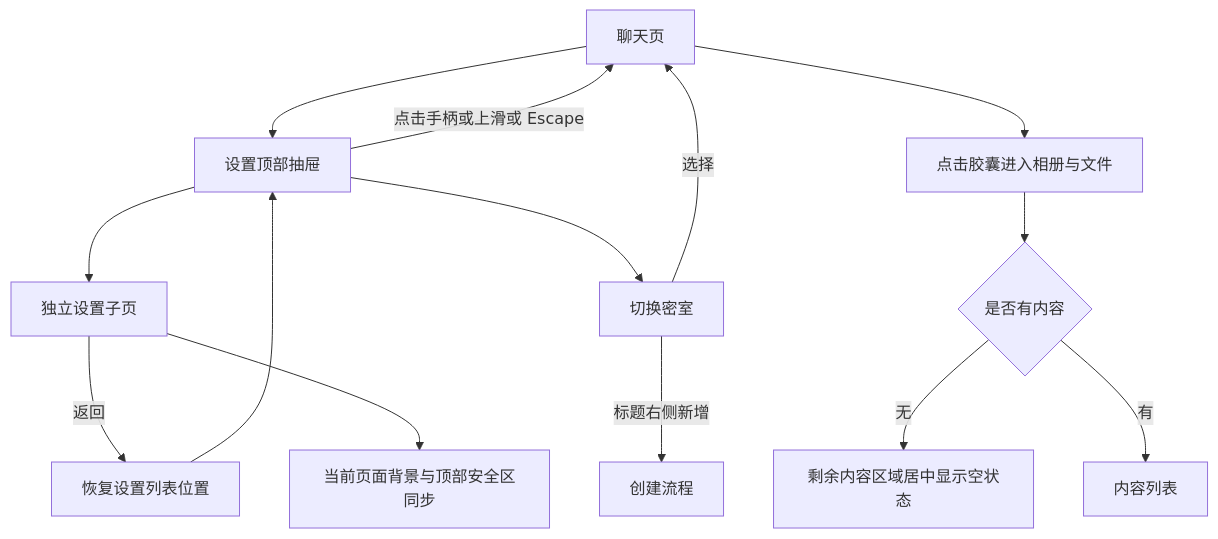
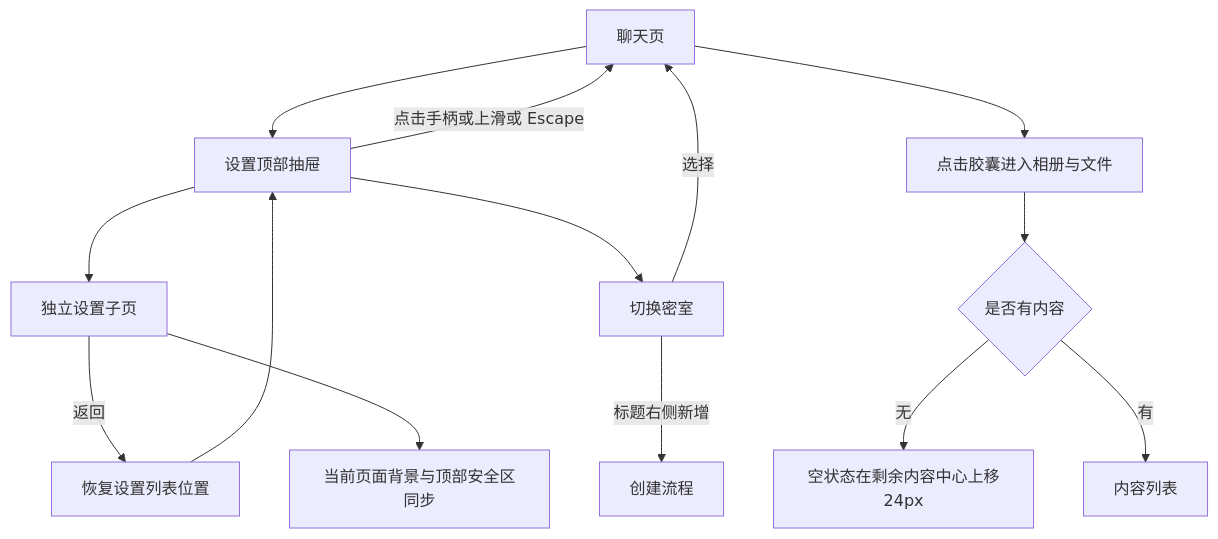
Before and after one commit to zdaiwmm/shui-IM: the second of 6 diagrams in docs/requirements/2026-10-23-settings-17-prototype/flow.md, drawn with Mermaid. The commit also changed other lines of this file and 6 other files, not shown here.

````diff
--- a/docs/requirements/2026-10-23-settings-17-prototype/flow.md
+++ b/docs/requirements/2026-10-23-settings-17-prototype/flow.md
@@ -27,16 +27,16 @@
 ```mermaid
 flowchart TD
   A[聊天页] --> B[设置顶部抽屉]
   B --> C[独立设置子页]
   C -->|返回| D[恢复设置列表位置]
   D --> B
   B -->|点击手柄或上滑或 Escape| A
   C --> E[当前页面背景与顶部安全区同步]
   A --> F[点击胶囊进入相册与文件]
   F --> G{是否有内容}
-  G -->|无| H[剩余内容区域居中显示空状态]
+  G -->|无| H[空状态在剩余内容中心上移24px]
   G -->|有| I[内容列表]
   B --> J[切换密室]
   J -->|选择| A
   J -->|标题右侧新增| K[创建流程]
 ```
````
